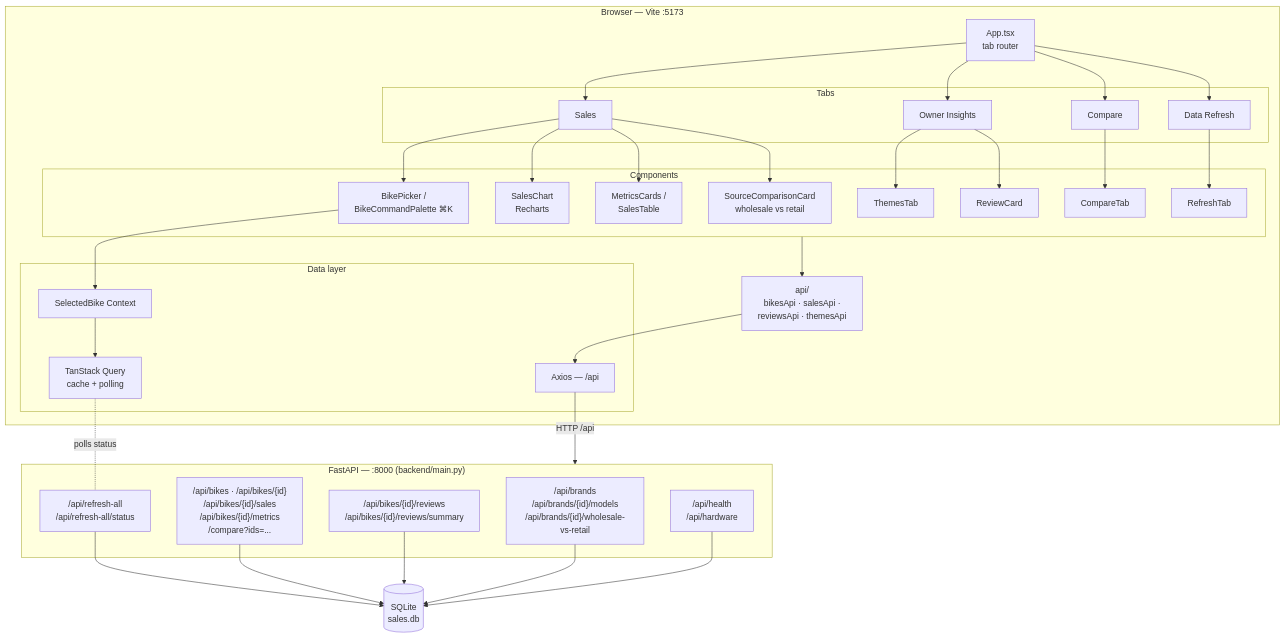
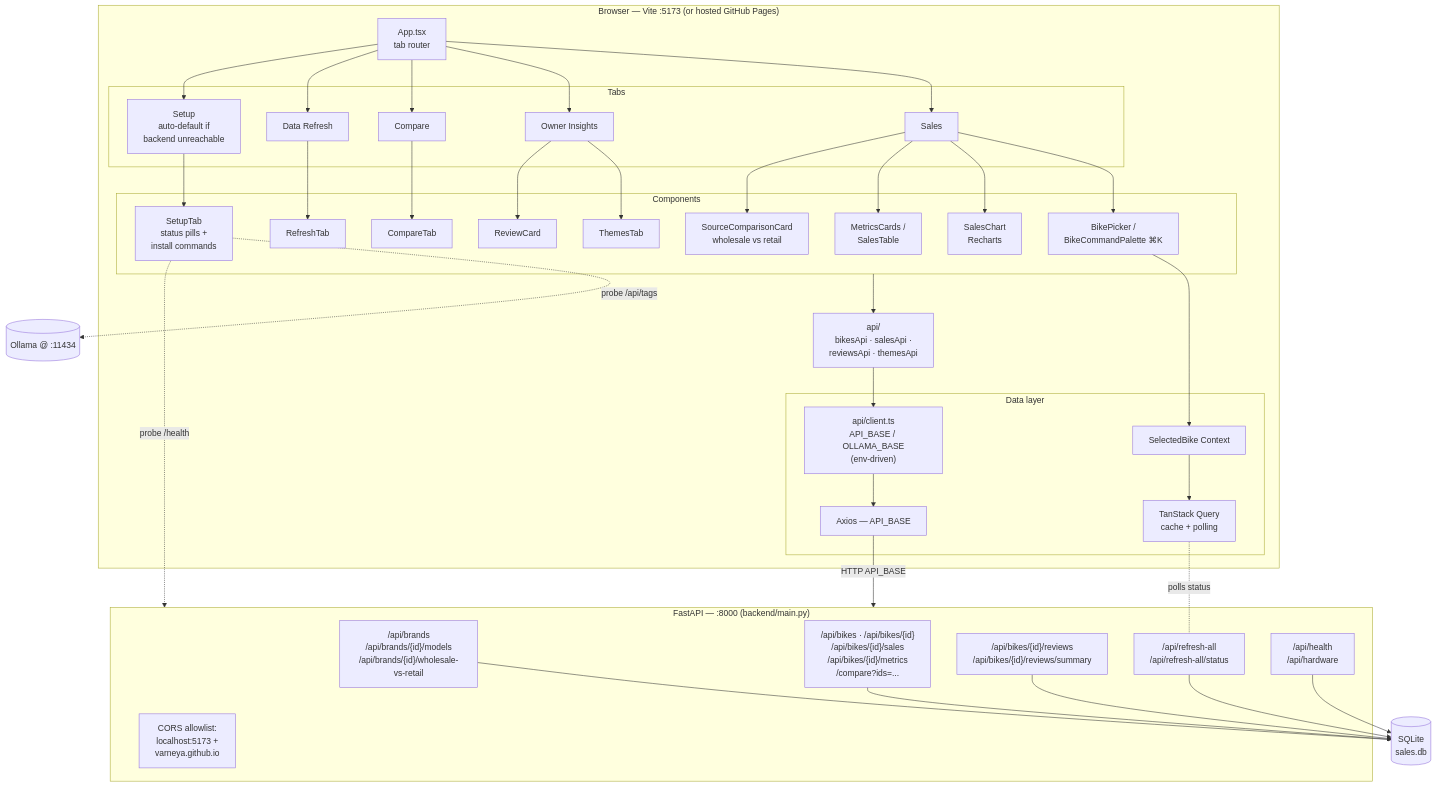
Before and after one commit to varneya/india-two-wheeler-dashboard: the second of 4 diagrams in ARCHITECTURE.md, drawn with Mermaid. The commit also changed other lines of this file and 3 other files, not shown here.

First line of the commit message:
Refresh markdown docs to reflect hosted deploy + Setup tab

````diff
--- a/ARCHITECTURE.md
+++ b/ARCHITECTURE.md
@@ -74,55 +79,66 @@
 ```mermaid
 flowchart TB
-    subgraph Browser["Browser — Vite :5173"]
+    subgraph Browser["Browser — Vite :5173 (or hosted GitHub Pages)"]
         APP[App.tsx<br/>tab router]
         subgraph Tabs["Tabs"]
             T_SALES[Sales]
             T_INS[Owner Insights]
             T_CMP[Compare]
             T_REF[Data Refresh]
+            T_SET[Setup<br/>auto-default if<br/>backend unreachable]
         end
         subgraph Components["Components"]
             BP[BikePicker /<br/>BikeCommandPalette ⌘K]
             SC[SalesChart<br/>Recharts]
             RC[ReviewCard]
             CT[CompareTab]
             TT[ThemesTab]
             RT[RefreshTab]
+            ST[SetupTab<br/>status pills +<br/>install commands]
             MC[MetricsCards /<br/>SalesTable]
             SCC[SourceComparisonCard<br/>wholesale vs retail]
         end
         subgraph Data["Data layer"]
             QC[TanStack Query<br/>cache + polling]
             CTX[SelectedBike Context]
-            AX[Axios — /api]
+            AX[Axios — API_BASE]
+            CL["api/client.ts<br/>API_BASE / OLLAMA_BASE<br/>(env-driven)"]
         end
         APIS["api/<br/>bikesApi · salesApi ·<br/>reviewsApi · themesApi"]
     end
 
     subgraph Backend["FastAPI — :8000 (backend/main.py)"]
         E_BR["/api/brands<br/>/api/brands/{id}/models<br/>/api/brands/{id}/wholesale-vs-retail"]
         E_BK["/api/bikes · /api/bikes/{id}<br/>/api/bikes/{id}/sales<br/>/api/bikes/{id}/metrics<br/>/compare?ids=..."]
         E_RV["/api/bikes/{id}/reviews<br/>/api/bikes/{id}/reviews/summary"]
         E_REF["/api/refresh-all<br/>/api/refresh-all/status"]
         E_SYS["/api/health<br/>/api/hardware"]
+        CORS["CORS allowlist:<br/>localhost:5173 +<br/>varneya.github.io"]
     end
 
+    OL[("Ollama @ :11434")]
     DB[(SQLite<br/>sales.db)]
 
-    APP --> T_SALES & T_INS & T_CMP & T_REF
+    APP --> T_SALES & T_INS & T_CMP & T_REF & T_SET
     T_SALES --> BP & SC & MC & SCC
     T_INS --> TT & RC
     T_CMP --> CT
     T_REF --> RT
+    T_SET --> ST
 
     BP --> CTX
     CTX --> QC
     Components --> APIS
-    APIS --> AX
-    AX -->|HTTP /api| Backend
+    APIS --> CL
+    CL --> AX
+    AX -->|HTTP API_BASE| Backend
+
+    ST -.probe /health.-> Backend
+    ST -.probe /api/tags.-> OL
 
     QC -.polls status.- E_REF
 
     E_BR & E_BK & E_RV & E_SYS --> DB
     E_REF --> DB
+    Backend --- CORS
 ```
````
